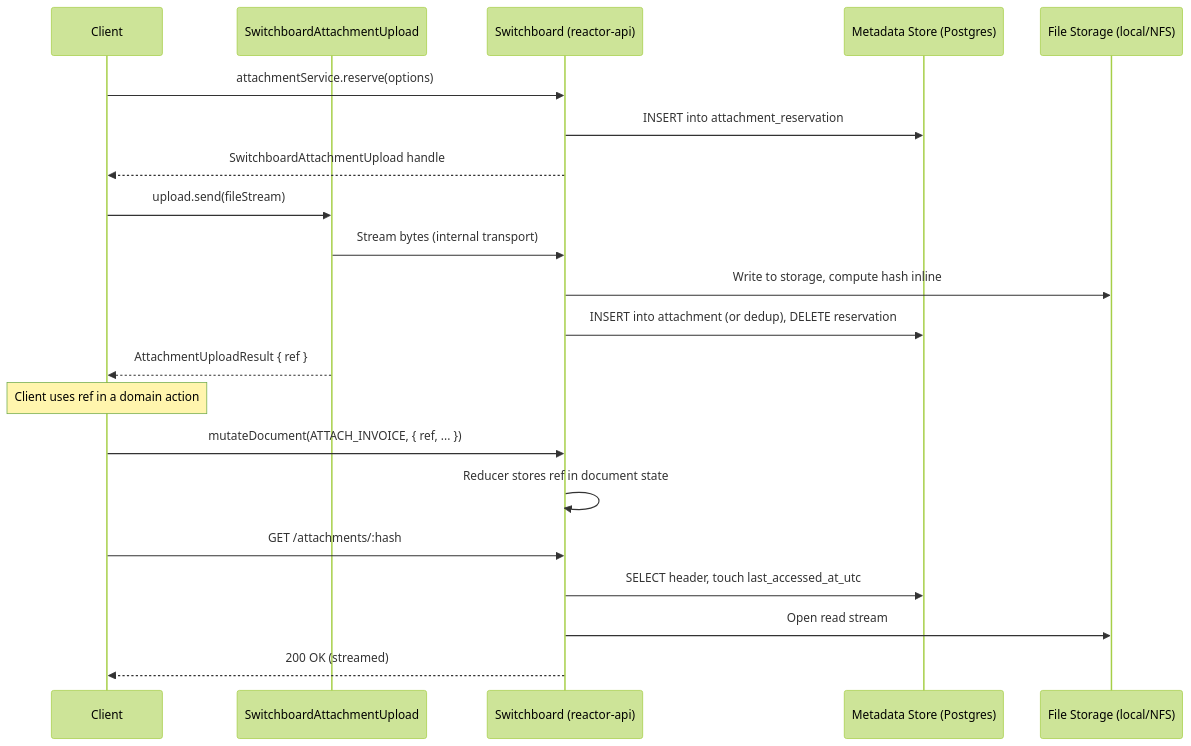
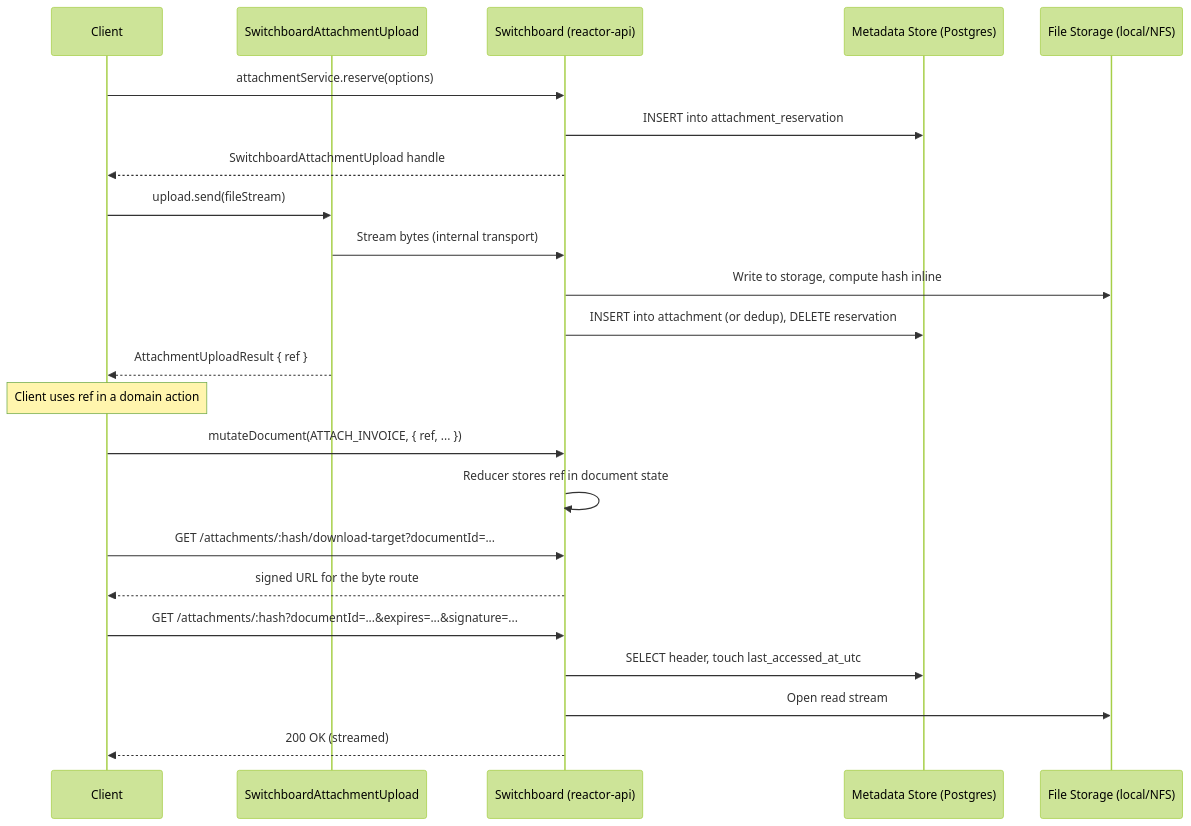
Before and after one commit to powerhouse-inc/powerhouse: the fifth of 6 diagrams in packages/reactor/docs/attachments.md, drawn with Mermaid (forest theme). The commit also changed other lines of this file and 4 other files, not shown here.

First line of the commit message:
docs(attachments): describe grant-gated byte routes and signed targets

````diff
--- a/packages/reactor/docs/attachments.md
+++ b/packages/reactor/docs/attachments.md
@@ -653,27 +663,29 @@
 ```mermaid
 sequenceDiagram
     participant Client
     participant Handle as SwitchboardAttachmentUpload
     participant Switchboard as Switchboard (reactor-api)
     participant Store as Metadata Store (Postgres)
     participant Disk as File Storage (local/NFS)
 
     Client->>Switchboard: attachmentService.reserve(options)
     Switchboard->>Store: INSERT into attachment_reservation
     Switchboard-->>Client: SwitchboardAttachmentUpload handle
 
     Client->>Handle: upload.send(fileStream)
     Handle->>Switchboard: Stream bytes (internal transport)
     Switchboard->>Disk: Write to storage, compute hash inline
     Switchboard->>Store: INSERT into attachment (or dedup), DELETE reservation
     Handle-->>Client: AttachmentUploadResult { ref }
 
     Note over Client: Client uses ref in a domain action
     Client->>Switchboard: mutateDocument(ATTACH_INVOICE, { ref, ... })
     Switchboard->>Switchboard: Reducer stores ref in document state
 
-    Client->>Switchboard: GET /attachments/:hash
+    Client->>Switchboard: GET /attachments/:hash/download-target?documentId=...
+    Switchboard-->>Client: signed URL for the byte route
+    Client->>Switchboard: GET /attachments/:hash?documentId=...&expires=...&signature=...
     Switchboard->>Store: SELECT header, touch last_accessed_at_utc
     Switchboard->>Disk: Open read stream
     Switchboard-->>Client: 200 OK (streamed)
 ```
````
